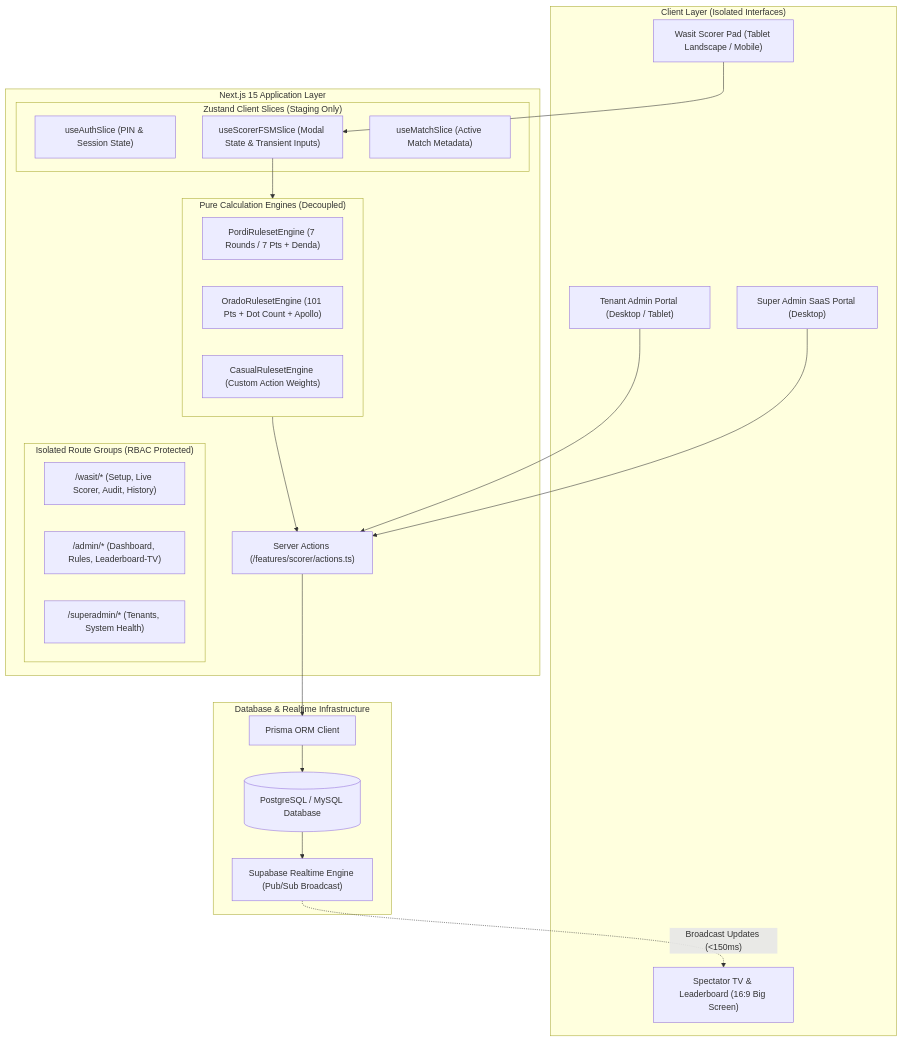
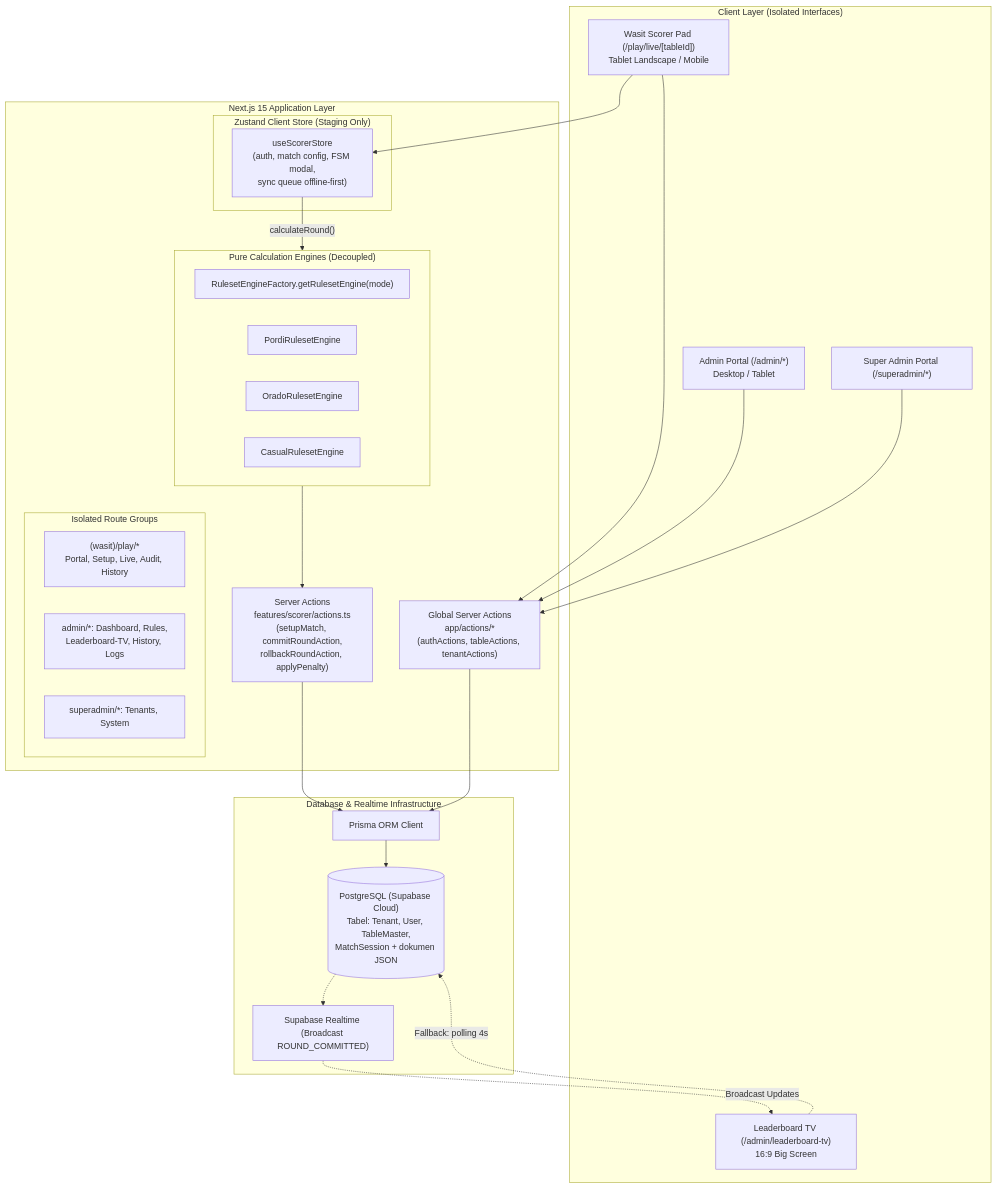
The first of 3 diagrams in docs/ARCHITECTURE.md (azwaranas23/siredom), drawn with Mermaid before and after one commit. The commit also changed other lines of this file and 45 other files, not shown here.

````diff
--- a/docs/ARCHITECTURE.md
+++ b/docs/ARCHITECTURE.md
@@ -25,47 +24,50 @@
 ```mermaid
 graph TD
     subgraph Clients["Client Layer (Isolated Interfaces)"]
-        WasitApp["Wasit Scorer Pad (Tablet Landscape / Mobile)"]
-        PublicBoard["Spectator TV & Leaderboard (16:9 Big Screen)"]
-        AdminDashboard["Tenant Admin Portal (Desktop / Tablet)"]
-        SuperAdminDashboard["Super Admin SaaS Portal (Desktop)"]
+        WasitApp["Wasit Scorer Pad (/play/live/[tableId])<br/>Tablet Landscape / Mobile"]
+        PublicBoard["Leaderboard TV (/admin/leaderboard-tv)<br/>16:9 Big Screen"]
+        AdminDashboard["Admin Portal (/admin/*)<br/>Desktop / Tablet"]
+        SuperAdminDashboard["Super Admin Portal (/superadmin/*)"]
     end
 
     subgraph AppLayer["Next.js 15 Application Layer"]
-        subgraph RouteGroups["Isolated Route Groups (RBAC Protected)"]
-            WasitRoutes["/wasit/* (Setup, Live Scorer, Audit, History)"]
-            AdminRoutes["/admin/* (Dashboard, Rules, Leaderboard-TV)"]
-            SuperAdminRoutes["/superadmin/* (Tenants, System Health)"]
+        subgraph RouteGroups["Isolated Route Groups"]
+            WasitRoutes["(wasit)/play/*<br/>Portal, Setup, Live, Audit, History"]
+            AdminRoutes["admin/*: Dashboard, Rules,<br/>Leaderboard-TV, History, Logs"]
+            SuperAdminRoutes["superadmin/*: Tenants, System"]
         end
 
-        subgraph StateManager["Zustand Client Slices (Staging Only)"]
-            AuthSlice["useAuthSlice (PIN & Session State)"]
-            FSMSlice["useScorerFSMSlice (Modal State & Transient Inputs)"]
-            MatchSlice["useMatchSlice (Active Match Metadata)"]
+        subgraph StateManager["Zustand Client Store (Staging Only)"]
+            Store["useScorerStore<br/>(auth, match config, FSM modal,<br/>sync queue offline-first)"]
         end
 
         subgraph CoreEngine["Pure Calculation Engines (Decoupled)"]
-            PORDI["PordiRulesetEngine (7 Rounds / 7 Pts + Denda)"]
-            ORADO["OradoRulesetEngine (101 Pts + Dot Count + Apollo)"]
-            CASUAL["CasualRulesetEngine (Custom Action Weights)"]
+            Factory["RulesetEngineFactory.getRulesetEngine(mode)"]
+            PORDI["PordiRulesetEngine"]
+            ORADO["OradoRulesetEngine"]
+            CASUAL["CasualRulesetEngine"]
         end
 
-        ServerActions["Server Actions (/features/scorer/actions.ts)"]
+        ScorerActions["Server Actions<br/>features/scorer/actions.ts<br/>(setupMatch, commitRoundAction,<br/>rollbackRoundAction, applyPenalty)"]
+        GlobalActions["Global Server Actions<br/>app/actions/*<br/>(authActions, tableActions, tenantActions)"]
     end
 
     subgraph DataLayer["Database & Realtime Infrastructure"]
         PrismaClient["Prisma ORM Client"]
-        Database[("PostgreSQL / MySQL Database")]
-        RealtimeBus["Supabase Realtime Engine (Pub/Sub Broadcast)"]
+        Database[("PostgreSQL (Supabase Cloud)<br/>Tabel: Tenant, User, TableMaster,<br/>MatchSession + dokumen JSON")]
+        RealtimeBus["Supabase Realtime (Broadcast ROUND_COMMITTED)"]
     end
 
-    WasitApp --> FSMSlice
-    FSMSlice --> CoreEngine
-    CoreEngine --> ServerActions
-    ServerActions --> PrismaClient
+    WasitApp --> Store
+    Store -->|"calculateRound()"| CoreEngine
+    CoreEngine --> ScorerActions
+    WasitApp --> GlobalActions
+    AdminDashboard --> GlobalActions
+    SuperAdminDashboard --> GlobalActions
+    ScorerActions --> PrismaClient
+    GlobalActions --> PrismaClient
     PrismaClient --> Database
-    Database --> RealtimeBus
-    RealtimeBus -. Broadcast Updates (<150ms) .-> PublicBoard
-    AdminDashboard --> ServerActions
-    SuperAdminDashboard --> ServerActions
+    Database -.-> RealtimeBus
+    RealtimeBus -. "Broadcast Updates" .-> PublicBoard
+    PublicBoard -. "Fallback: polling 4s" .-> Database
 ```
````
